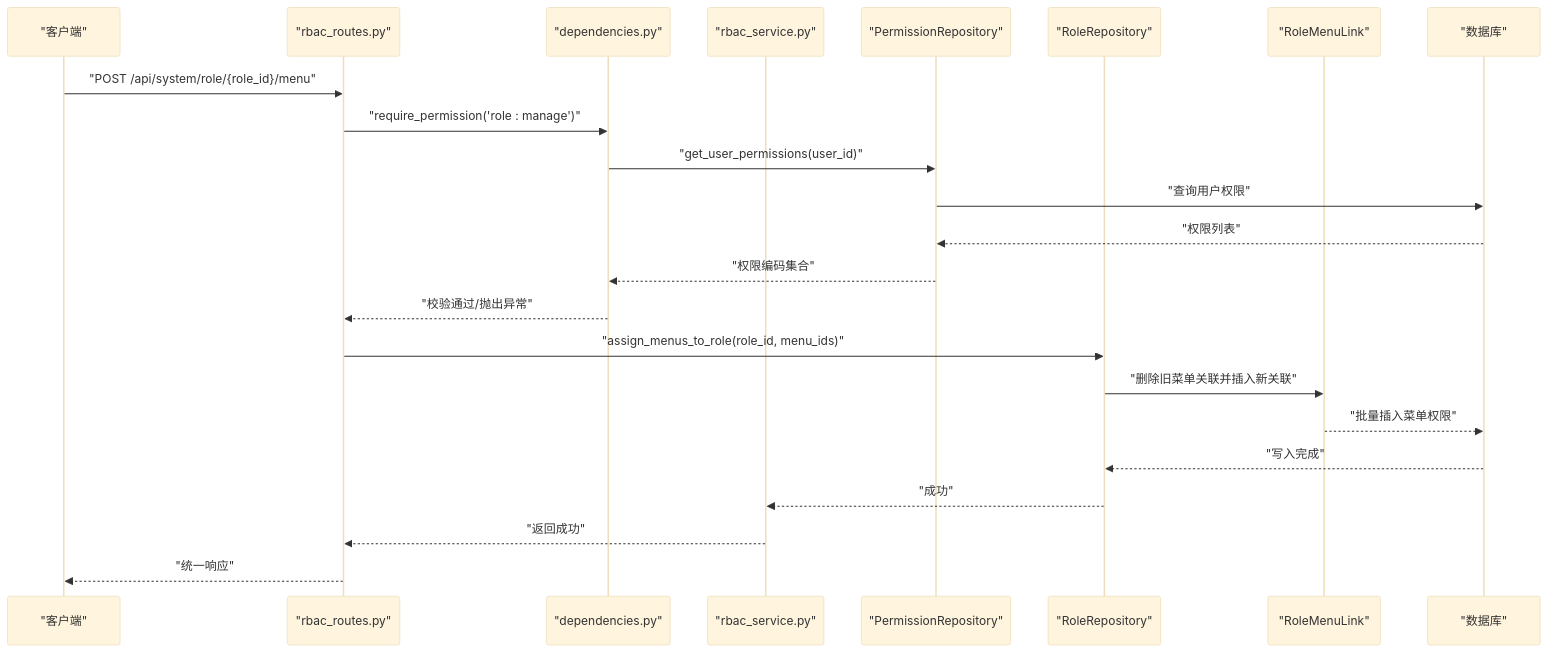
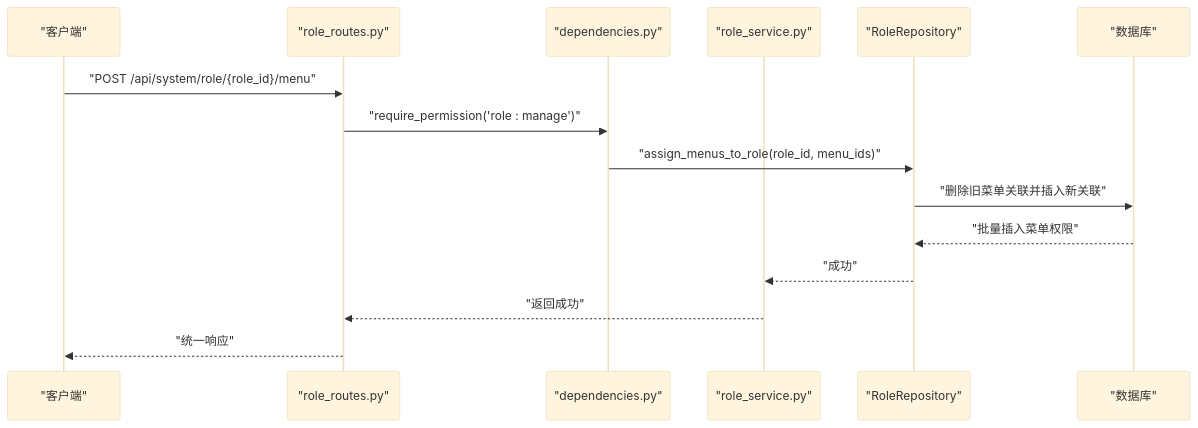
One commit to taoweidong/Hello-FastApi changed the second of 6 diagrams in .qoder/repowiki/zh/content/API 接口文档/RBAC 权限管理接口.md. Above: the diagram before and after it, drawn with Mermaid (base theme). The commit also changed other lines of this file and 9 other files, not shown here.

````diff
--- a/.qoder/repowiki/zh/content/API 接口文档/RBAC 权限管理接口.md
+++ b/.qoder/repowiki/zh/content/API 接口文档/RBAC 权限管理接口.md
@@ -147,25 +158,17 @@
 ```mermaid
 sequenceDiagram
 participant C as "客户端"
-participant R as "rbac_routes.py"
+participant RR as "role_routes.py"
 participant D as "dependencies.py"
-participant S as "rbac_service.py"
-participant P as "PermissionRepository"
-participant RL as "RoleRepository"
-participant RM as "RoleMenuLink"
+participant RS as "role_service.py"
+participant RP as "RoleRepository"
 participant DB as "数据库"
-C->>R : "POST /api/system/role/{role_id}/menu"
-R->>D : "require_permission('role : manage')"
-D->>P : "get_user_permissions(user_id)"
-P->>DB : "查询用户权限"
-DB-->>P : "权限列表"
-P-->>D : "权限编码集合"
-D-->>R : "校验通过/抛出异常"
-R->>RL : "assign_menus_to_role(role_id, menu_ids)"
-RL->>RM : "删除旧菜单关联并插入新关联"
-RM-->>DB : "批量插入菜单权限"
-DB-->>RL : "写入完成"
-RL-->>S : "成功"
-S-->>R : "返回成功"
-R-->>C : "统一响应"
+C->>RR : "POST /api/system/role/{role_id}/menu"
+RR->>D : "require_permission('role : manage')"
+D->>RP : "assign_menus_to_role(role_id, menu_ids)"
+RP->>DB : "删除旧菜单关联并插入新关联"
+DB-->>RP : "批量插入菜单权限"
+RP-->>RS : "成功"
+RS-->>RR : "返回成功"
+RR-->>C : "统一响应"
 ```
````
